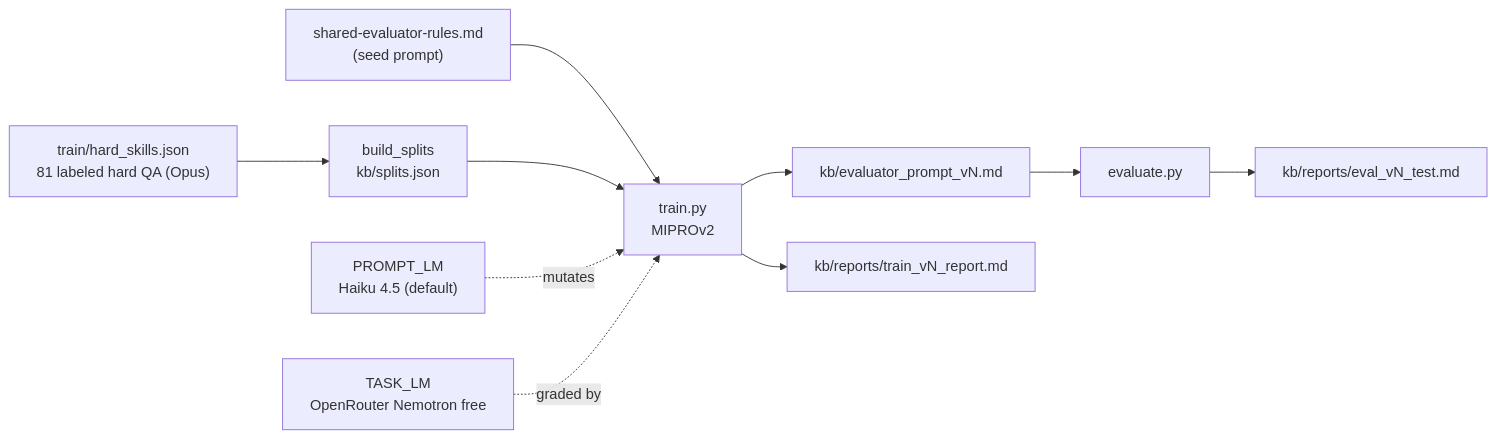
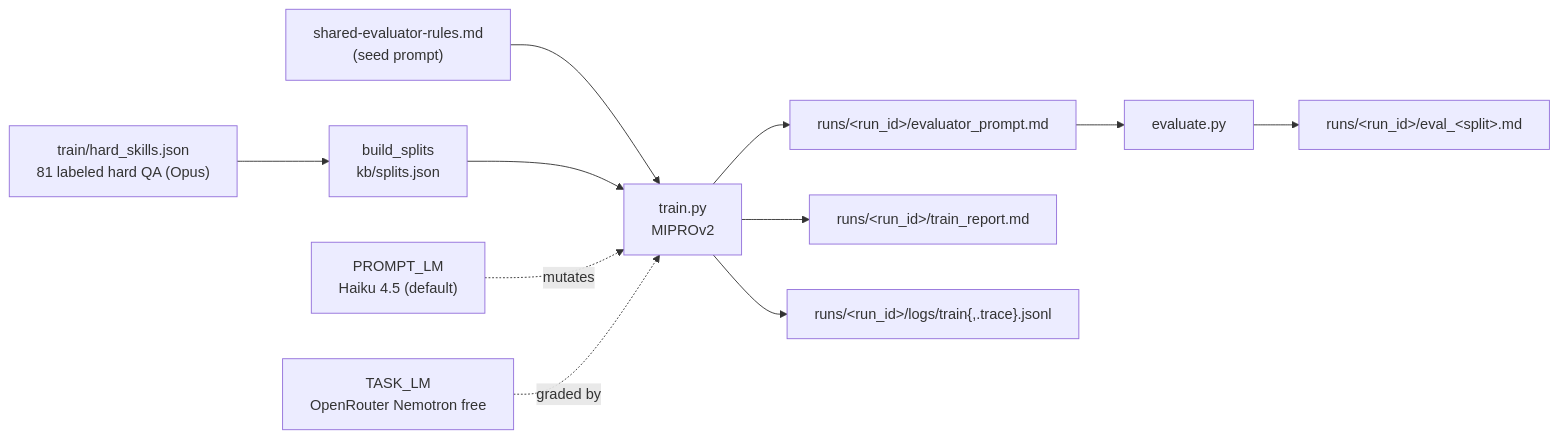
One commit to margomrkv/interview-debrief-assistant changed the diagram in .claude/skills/scoring-prompt-trainer/SKILL.md. Above: the diagram before and after it, drawn with Mermaid. The commit also changed other lines of this file and 4 other files, not shown here.

First line of the commit message:
feat(train): per-run timestamped artifact directory (am-best-offer-0y2)

````diff
--- a/.claude/skills/scoring-prompt-trainer/SKILL.md
+++ b/.claude/skills/scoring-prompt-trainer/SKILL.md
@@ -30,12 +33,13 @@
 ```mermaid
 flowchart LR
     TJ["train/hard_skills.json<br/>81 labeled hard QA (Opus)"] --> BS["build_splits<br/>kb/splits.json"]
     SR["shared-evaluator-rules.md<br/>(seed prompt)"] --> TR["train.py<br/>MIPROv2"]
     BS --> TR
     PM["PROMPT_LM<br/>Haiku 4.5 (default)"] -. mutates .-> TR
     TM["TASK_LM<br/>OpenRouter Nemotron free"] -. graded by .-> TR
-    TR --> PR["kb/evaluator_prompt_vN.md"]
-    TR --> RP["kb/reports/train_vN_report.md"]
+    TR --> PR["runs/&lt;run_id&gt;/evaluator_prompt.md"]
+    TR --> RP["runs/&lt;run_id&gt;/train_report.md"]
+    TR --> LG["runs/&lt;run_id&gt;/logs/train{,.trace}.jsonl"]
     PR --> EV["evaluate.py"]
-    EV --> ER["kb/reports/eval_vN_test.md"]
+    EV --> ER["runs/&lt;run_id&gt;/eval_&lt;split&gt;.md"]
 ```
````
